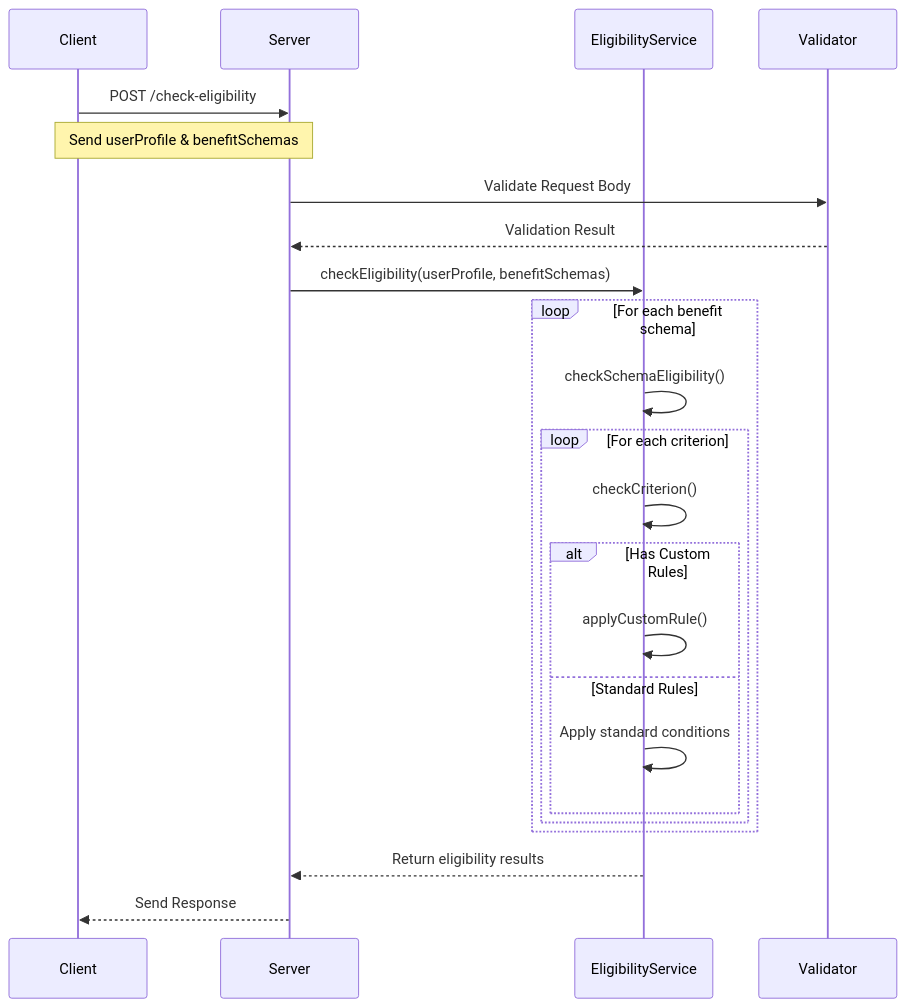
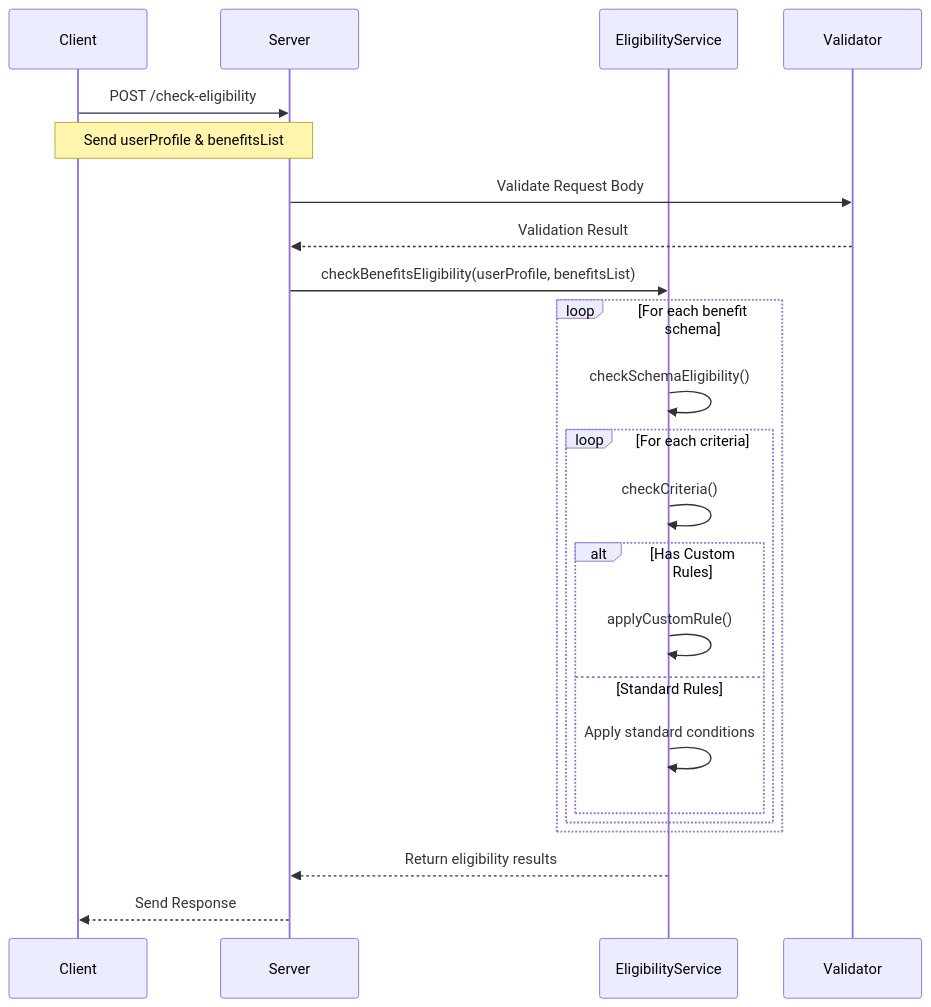
One commit to tekdi/ubi-eligibility-sdk changed the diagram in docs/sequence-diagram.md. Above: the diagram before and after it, drawn with Mermaid. The commit also changed 19 other files, not shown here.

````diff
--- a/docs/sequence-diagram.md
+++ b/docs/sequence-diagram.md
@@ -5,30 +5,30 @@
 ```mermaid
 sequenceDiagram
     participant C as Client
     participant S as Server
     participant ES as EligibilityService
     participant V as Validator
 
     C->>S: POST /check-eligibility
-    Note over C,S: Send userProfile & benefitSchemas
+    Note over C,S: Send userProfile & benefitsList
     
     S->>V: Validate Request Body
     V-->>S: Validation Result
     
-    S->>ES: checkEligibility(userProfile, benefitSchemas)
+    S->>ES: checkBenefitsEligibility(userProfile, benefitsList)
     
     loop For each benefit schema
         ES->>ES: checkSchemaEligibility()
-        loop For each criterion
-            ES->>ES: checkCriterion()
+        loop For each criteria
+            ES->>ES: checkCriteria()
             alt Has Custom Rules
                 ES->>ES: applyCustomRule()
             else Standard Rules
                 ES->>ES: Apply standard conditions
             end
         end
     end
     
     ES-->>S: Return eligibility results
     S-->>C: Send Response
 ```
````
